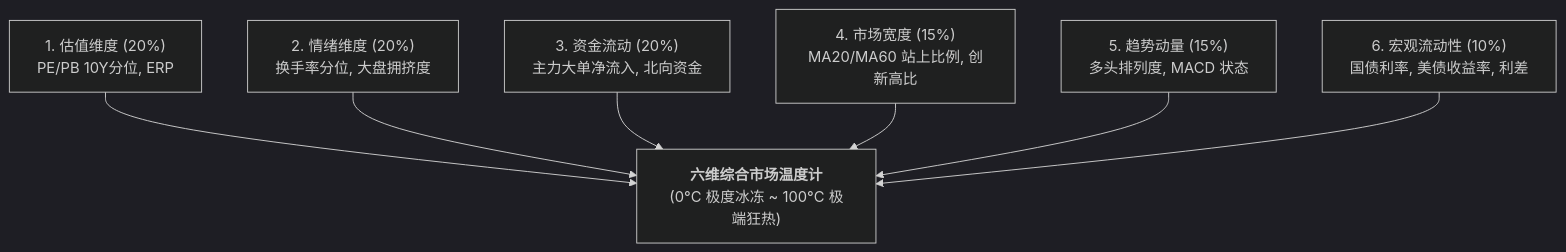
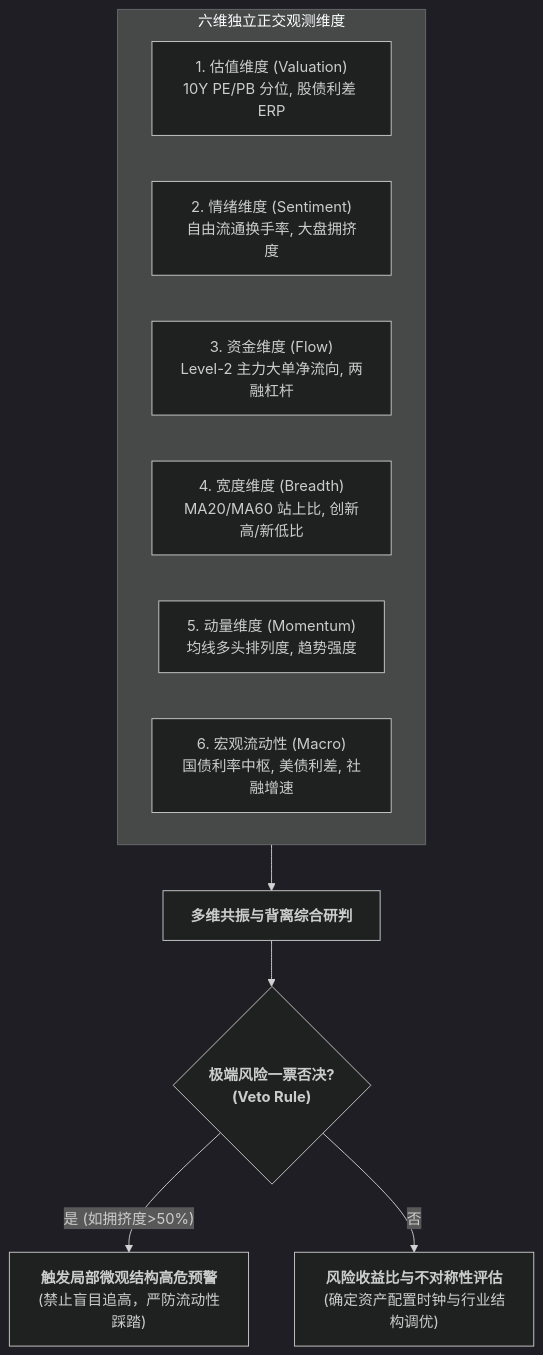
The diagram in .agents/skills/quant-metric-standards/references/05_multi_dimensional_analysis_framework.md (aidenreed937/stock), drawn with Mermaid (dark theme) before and after one commit. The commit also changed other lines of this file and 1 other file, not shown here.

Commit message:
refactor(skills): refine multi-dimensional framework by removing rigid hardcoded allocations and introducing veto rule

````diff
--- a/.agents/skills/quant-metric-standards/references/05_multi_dimensional_analysis_framework.md
+++ b/.agents/skills/quant-metric-standards/references/05_multi_dimensional_analysis_framework.md
@@ -11,9 +11,15 @@
 ```mermaid
 flowchart TD
-    V["1. 估值维度 (20%)<br>PE/PB 10Y分位, ERP"] --> Total["<b>六维综合市场温度计</b><br>(0°C 极度冰冻 ~ 100°C 极端狂热)"]
-    S["2. 情绪维度 (20%)<br>换手率分位, 大盘拥挤度"] --> Total
-    F["3. 资金流动 (20%)<br>主力大单净流入, 北向资金"] --> Total
-    B["4. 市场宽度 (15%)<br>MA20/MA60 站上比例, 创新高比"] --> Total
-    T["5. 趋势动量 (15%)<br>多头排列度, MACD 状态"] --> Total
-    M["6. 宏观流动性 (10%)<br>国债利率, 美债收益率, 利差"] --> Total
+    subgraph SixDim["六维独立正交观测维度"]
+        V["1. 估值维度 (Valuation)<br>10Y PE/PB 分位, 股债利差 ERP"]
+        S["2. 情绪维度 (Sentiment)<br>自由流通换手率, 大盘拥挤度"]
+        F["3. 资金维度 (Flow)<br>Level-2 主力大单净流向, 两融杠杆"]
+        B["4. 宽度维度 (Breadth)<br>MA20/MA60 站上比, 创新高/新低比"]
+        T["5. 动量维度 (Momentum)<br>均线多头排列度, 趋势强度"]
+        M["6. 宏观流动性 (Macro)<br>国债利率中枢, 美债利差, 社融增速"]
+    end
+    SixDim --> Analysis["<b>多维共振与背离综合研判</b>"]
+    Analysis --> Veto{"<b>极端风险一票否决?<br>(Veto Rule)</b>"}
+    Veto -- "是 (如拥挤度>50%)" --> HardRisk["<b>触发局部微观结构高危预警</b><br>(禁止盲目追高，严防流动性踩踏)"]
+    Veto -- "否" --> NormalAssess["<b>风险收益比与不对称性评估</b><br>(确定资产配置时钟与行业结构调优)"]
 ```
````
